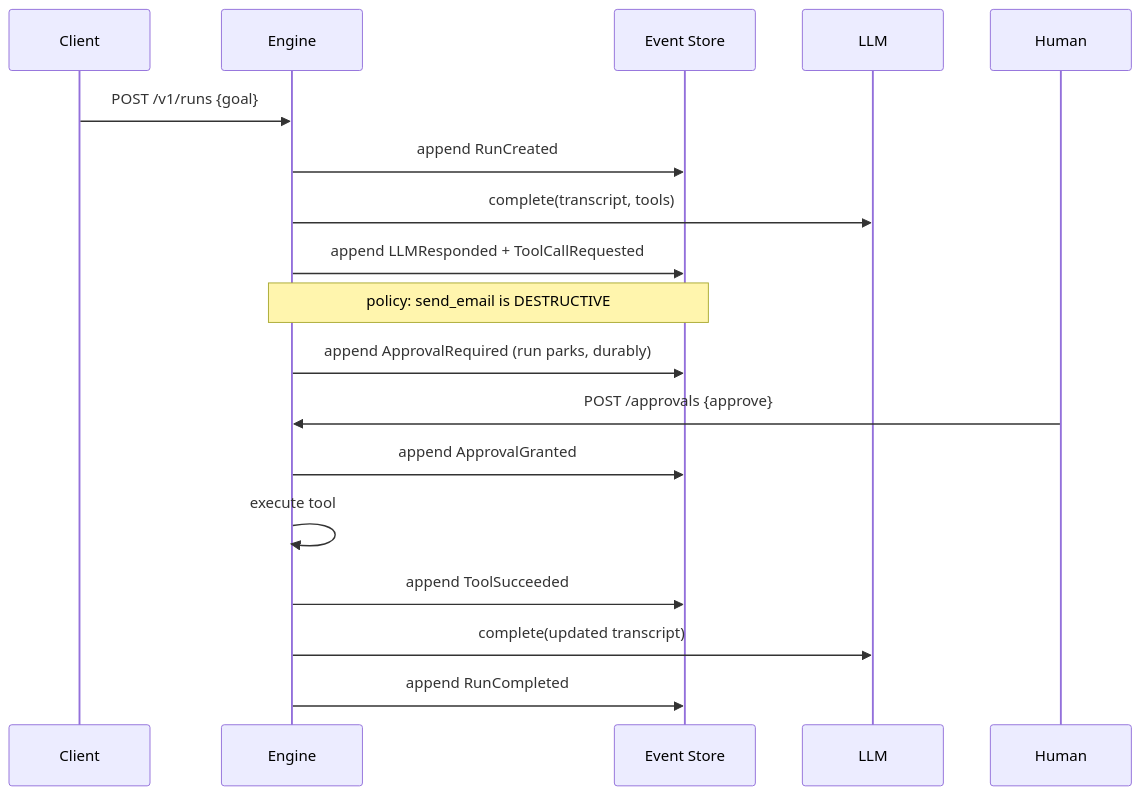
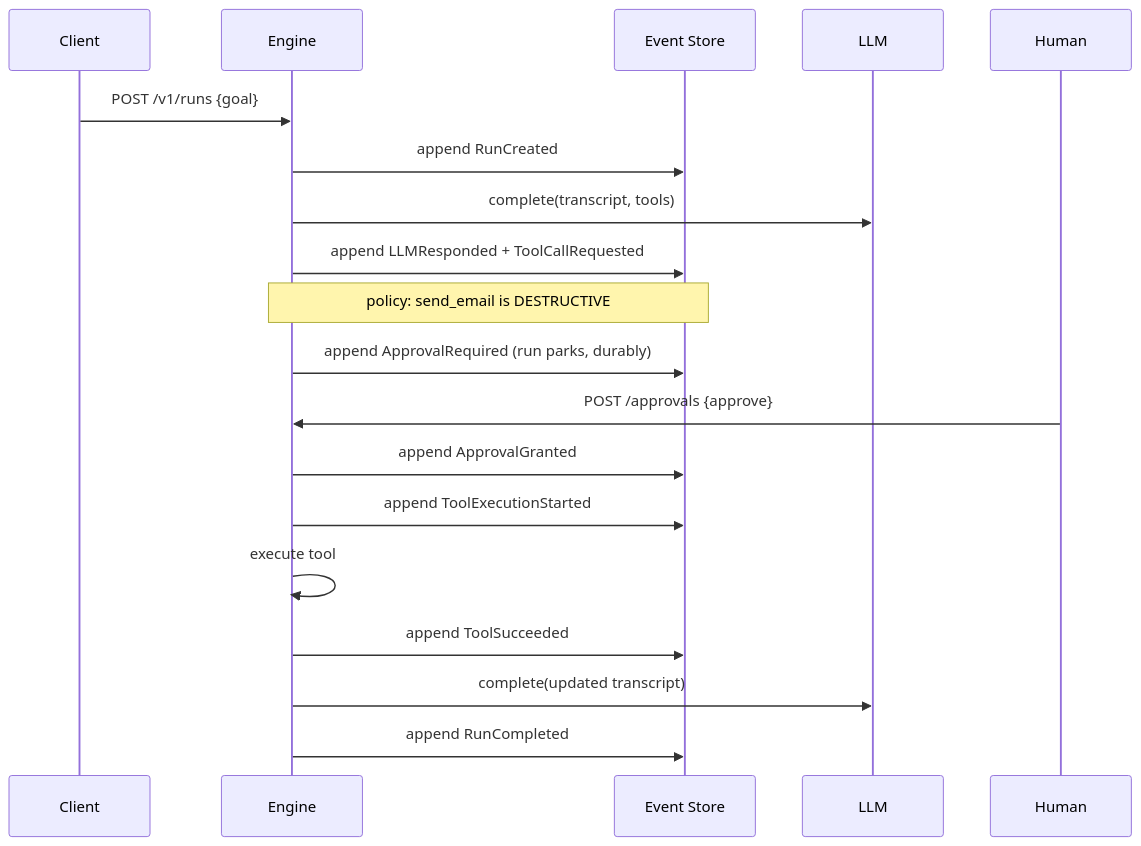
One commit to mrinmoyece/relay changed the second of 3 diagrams in README.md. Above: the diagram before and after it, drawn with Mermaid. The commit also changed other lines of this file and 35 other files, not shown here.

````diff
--- a/README.md
+++ b/README.md
@@ -63,21 +64,22 @@
 ```mermaid
 sequenceDiagram
     participant C as Client
     participant E as Engine
     participant S as Event Store
     participant L as LLM
     participant H as Human
 
     C->>E: POST /v1/runs {goal}
     E->>S: append RunCreated
     E->>L: complete(transcript, tools)
     E->>S: append LLMResponded + ToolCallRequested
     Note over E,S: policy: send_email is DESTRUCTIVE
     E->>S: append ApprovalRequired (run parks, durably)
     H->>E: POST /approvals {approve}
     E->>S: append ApprovalGranted
+    E->>S: append ToolExecutionStarted
     E->>E: execute tool
     E->>S: append ToolSucceeded
     E->>L: complete(updated transcript)
     E->>S: append RunCompleted
 ```
````
